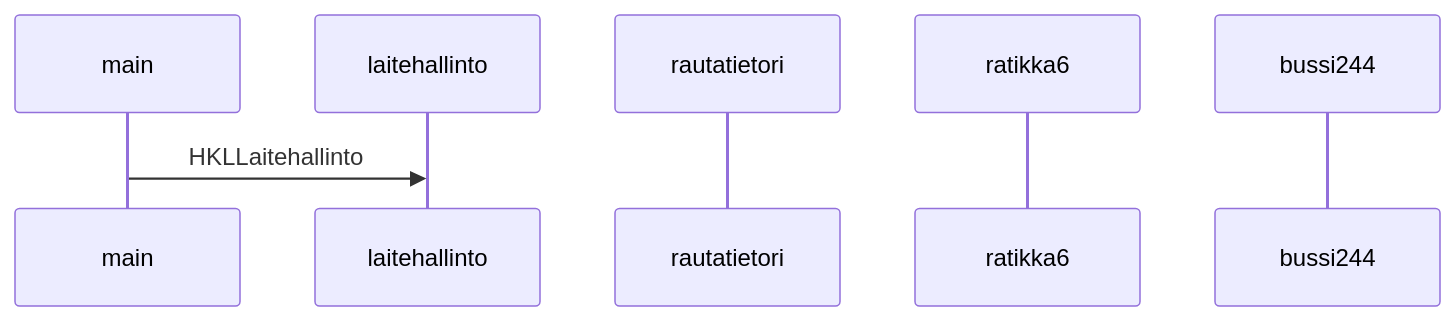
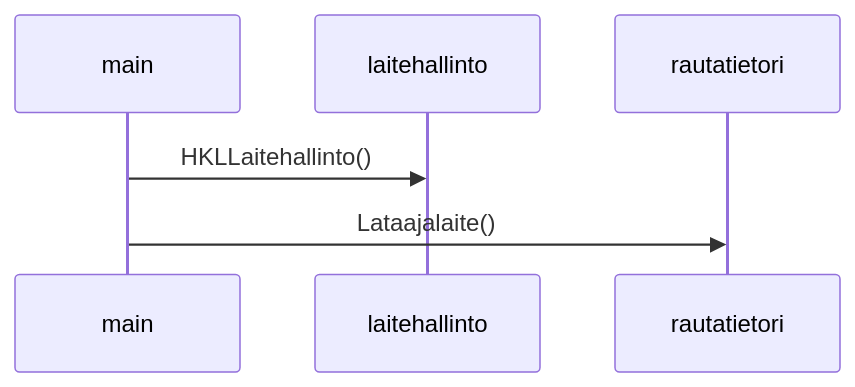
Before and after one commit to Nanotiike/ot-harjoitustyo: the diagram in laskarit/viikko3/hsl-sekvenssikaavio.md, drawn with Mermaid.

````diff
--- a/laskarit/viikko3/hsl-sekvenssikaavio.md
+++ b/laskarit/viikko3/hsl-sekvenssikaavio.md
@@ -3,9 +3,5 @@
 ```mermaid
   sequenceDiagram
-    participant main
-    participant laitehallinto
-    participant rautatietori
-    participant ratikka6
-    participant bussi244
-    main ->> laitehallinto: HKLLaitehallinto
+    main ->> laitehallinto: HKLLaitehallinto()
+    main ->> rautatietori: Lataajalaite()
 ```
````
